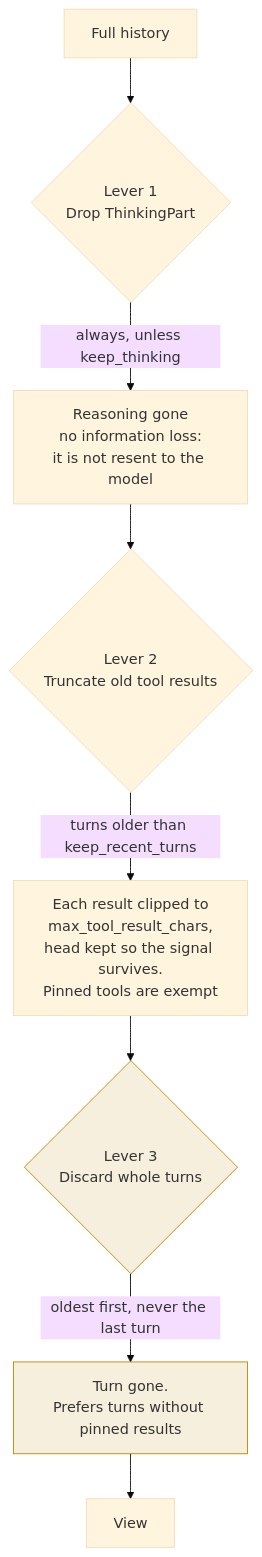
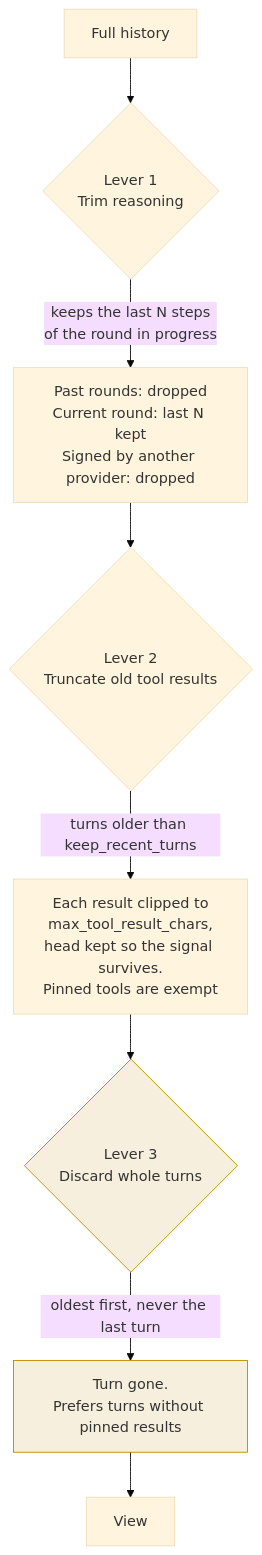
The fourth of 11 diagrams in docs/context.md (GabrielMartinMoran/sigil), drawn with Mermaid (base theme) before and after one commit. The commit also changed other lines of this file and 12 other files, not shown here.

````diff
--- a/docs/context.md
+++ b/docs/context.md
@@ -142,17 +143,17 @@
 ```mermaid
 flowchart TD
     IN["Full history"] --> L1
 
-    L1{"Lever 1<br/>Drop ThinkingPart"}
-    L1 -->|"always, unless keep_thinking"| A1["Reasoning gone<br/>no information loss:<br/>it is not resent to the model"]
+    L1{"Lever 1<br/>Trim reasoning"}
+    L1 -->|"keeps the last N steps<br/>of the round in progress"| A1["Past rounds: dropped<br/>Current round: last N kept<br/>Signed by another provider: dropped"]
 
     A1 --> L2{"Lever 2<br/>Truncate old tool results"}
     L2 -->|"turns older than keep_recent_turns"| A2["Each result clipped to<br/>max_tool_result_chars,<br/>head kept so the signal survives.<br/>Pinned tools are exempt"]
     A2 --> L3{"Lever 3<br/>Discard whole turns"}
     L3 -->|"oldest first, never the last turn"| A3["Turn gone.<br/>Prefers turns without pinned results"]
 
     A3 --> OUT["View"]
 
     style L3 fill:#bf870022,stroke:#bf8700
     style A3 fill:#bf870022,stroke:#bf8700
 ```
````
